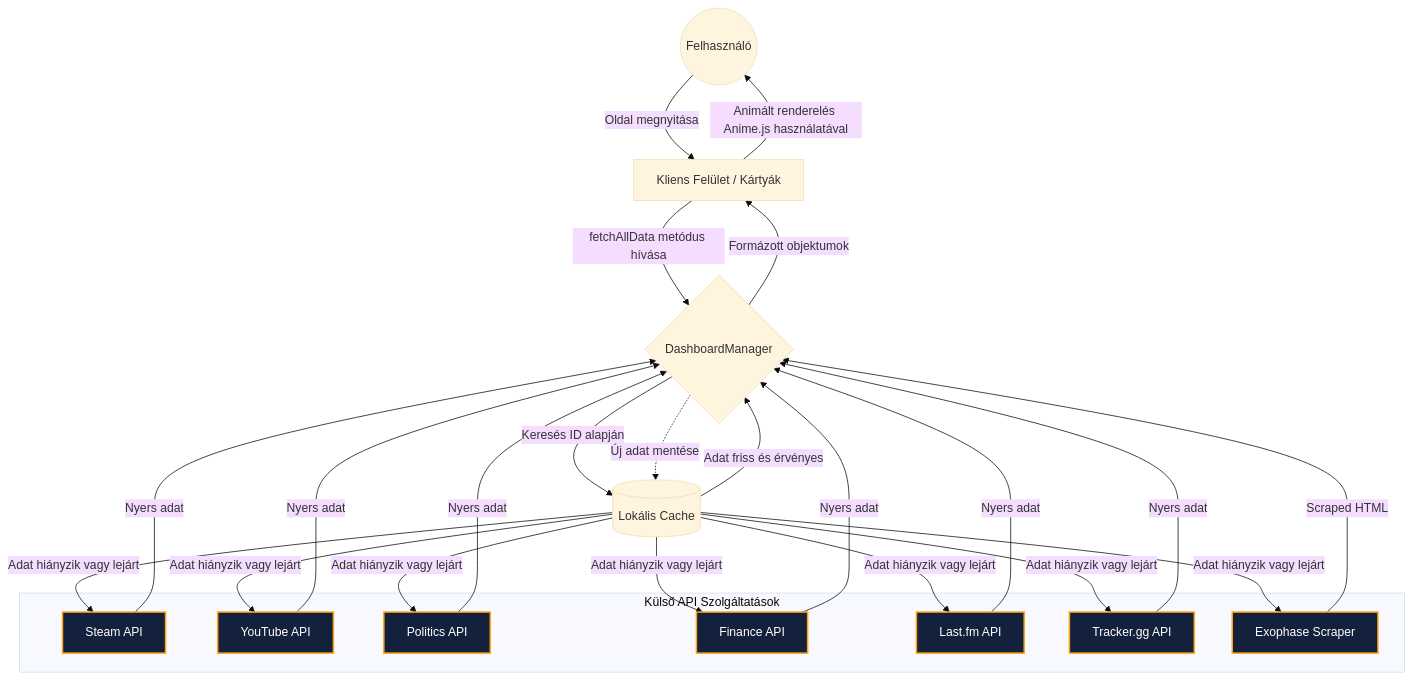
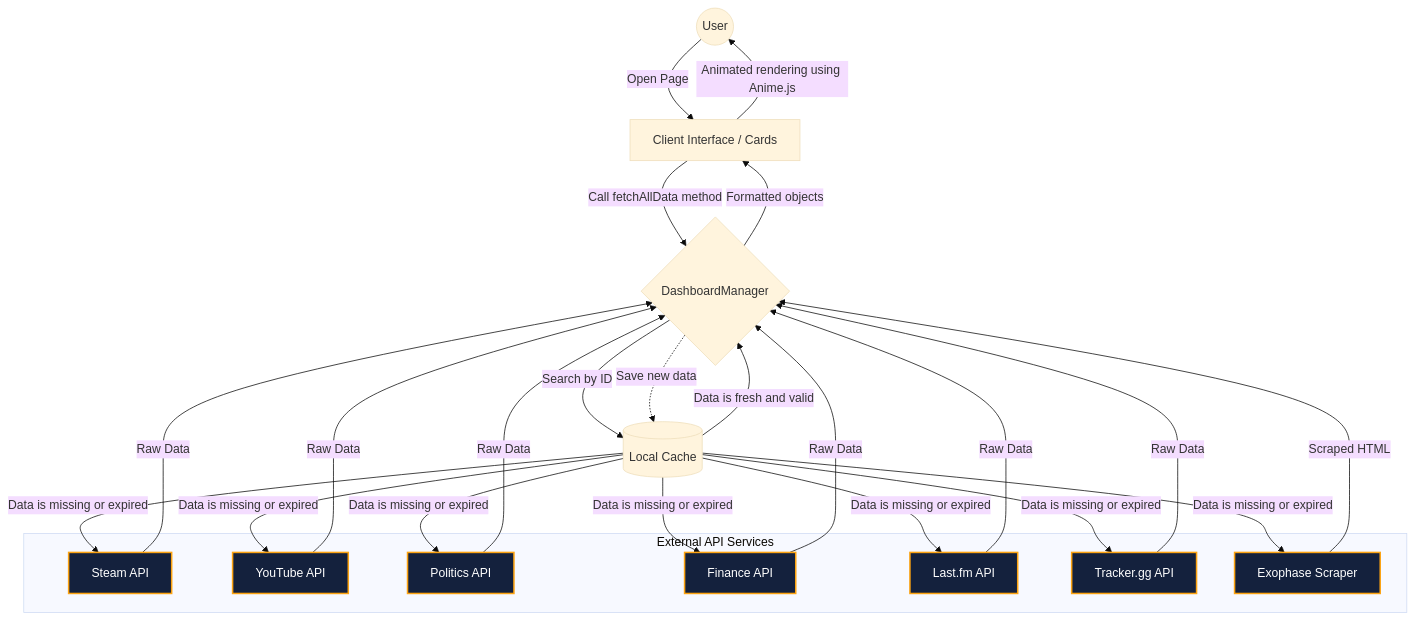
The diagram in docs/UML/FLOWCHART.md (CsPS0/WorldWideDashBoard), drawn with Mermaid (base theme) before and after one commit. The commit also changed other lines of this file and 41 other files, not shown here.

````diff
--- a/docs/UML/FLOWCHART.md
+++ b/docs/UML/FLOWCHART.md
@@ -4,41 +4,41 @@
 ```mermaid
 flowchart TD
 
-    User((Felhasználó))
-    UI[Kliens Felület / Kártyák]
+    User((User))
+    UI[Client Interface / Cards]
     Manager{DashboardManager}
-    Cache[(Lokális Cache)]
+    Cache[(Local Cache)]
     
-    subgraph Adatforrások [Külső API Szolgáltatások]
+    subgraph DataSources [External API Services]
         Steam[Steam API]
         YT[YouTube API]
         Pol[Politics API]
         Fin[Finance API]
         Mus[Last.fm API]
         Trn[Tracker.gg API]
         Exo[Exophase Scraper]
     end
 
 
-    User -->|Oldal megnyitása| UI
-    UI -->|fetchAllData metódus hívása| Manager
-    Manager -->|Keresés ID alapján| Cache
+    User -->|Open Page| UI
+    UI -->|Call fetchAllData method| Manager
+    Manager -->|Search by ID| Cache
     
-    Cache -- Adat friss és érvényes --> Manager
-    Cache -- Adat hiányzik vagy lejárt --> Steam & YT & Pol & Fin & Mus & Trn & Exo
+    Cache -- Data is fresh and valid --> Manager
+    Cache -- Data is missing or expired --> Steam & YT & Pol & Fin & Mus & Trn & Exo
     
-    Steam -->|Nyers adat| Manager
-    YT -->|Nyers adat| Manager
-    Pol -->|Nyers adat| Manager
-    Fin -->|Nyers adat| Manager
-    Mus -->|Nyers adat| Manager
-    Trn -->|Nyers adat| Manager
+    Steam -->|Raw Data| Manager
+    YT -->|Raw Data| Manager
+    Pol -->|Raw Data| Manager
+    Fin -->|Raw Data| Manager
+    Mus -->|Raw Data| Manager
+    Trn -->|Raw Data| Manager
     Exo -->|Scraped HTML| Manager
     
-    Manager -.->|Új adat mentése| Cache
-    Manager -->|Formázott objektumok| UI
-    UI -->|Animált renderelés Anime.js használatával| User
+    Manager -.->|Save new data| Cache
+    Manager -->|Formatted objects| UI
+    UI -->|Animated rendering using Anime.js| User
     
     classDef api fill:#14213d,stroke:#fca311,stroke-width:2px,color:#fff;
     class Steam,YT,Pol,Fin,Mus,Trn,Exo api;
 ```
````
